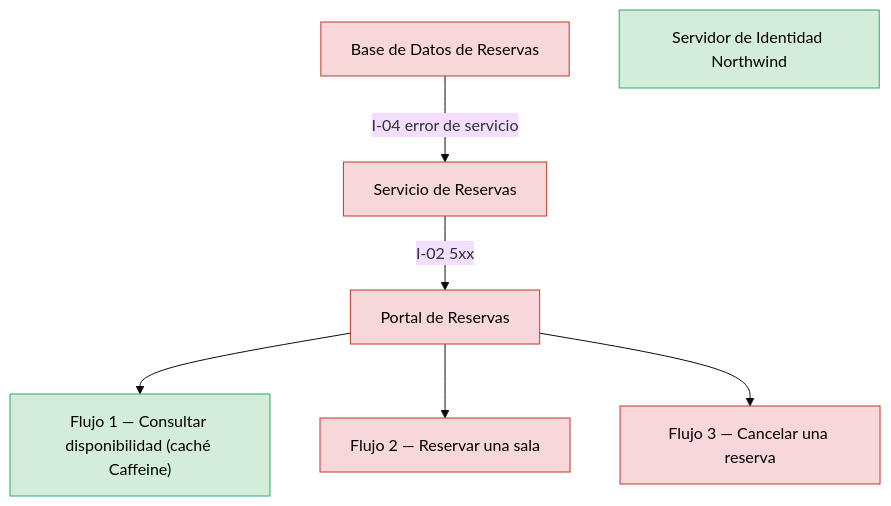
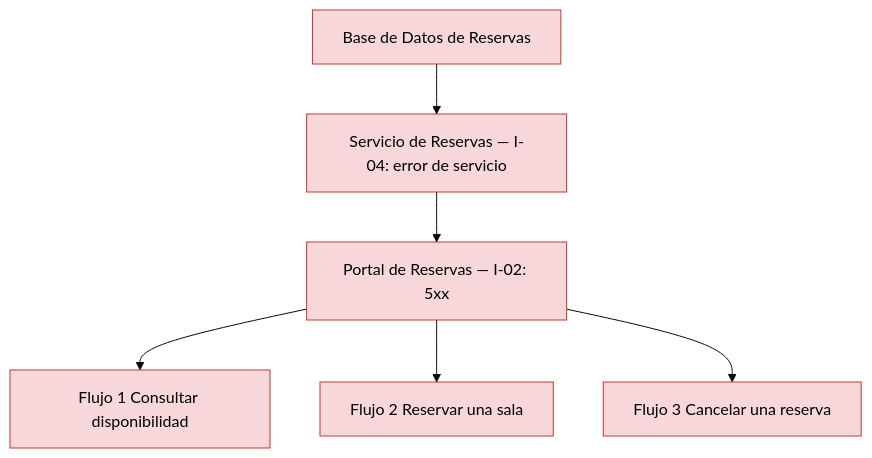
One commit to shadowX4fox/northwind-reservas changed the second of 3 diagrams in analysis/BLAST-RADIUS-2026-11-03.md. Above: the diagram before and after it, drawn with Mermaid (base theme). The commit also changed other lines of this file and 7 other files, not shown here.

````diff
--- a/analysis/BLAST-RADIUS-2026-11-03.md
+++ b/analysis/BLAST-RADIUS-2026-11-03.md
@@ -60,17 +60,16 @@
 ```mermaid
 flowchart TB
-  BD["Base de Datos de Reservas"]:::cascading
-  SRV["Servicio de Reservas"]:::cascading
-  POR["Portal de Reservas"]:::cascading
-  F1["Flujo 1 — Consultar disponibilidad (caché Caffeine)"]:::contained
-  F2["Flujo 2 — Reservar una sala"]:::cascading
-  F3["Flujo 3 — Cancelar una reserva"]:::cascading
-  IDP["Servidor de Identidad Northwind"]:::contained
-  BD -->|I-04 error de servicio| SRV
-  SRV -->|I-02 5xx| POR
-  POR --> F1
-  POR --> F2
-  POR --> F3
+  DB["Base de Datos de Reservas"]:::cascading
+  SVC["Servicio de Reservas — I-04: error de servicio"]:::cascading
+  PORTAL["Portal de Reservas — I-02: 5xx"]:::cascading
+  F1["Flujo 1 Consultar disponibilidad"]:::cascading
+  F2["Flujo 2 Reservar una sala"]:::cascading
+  F3["Flujo 3 Cancelar una reserva"]:::cascading
+  DB --> SVC
+  SVC --> PORTAL
+  PORTAL --> F1
+  PORTAL --> F2
+  PORTAL --> F3
   classDef cascading fill:#f8d7da,stroke:#c0392b,color:#000
   classDef contained fill:#d4edda,stroke:#27ae60,color:#000
 ```
````
